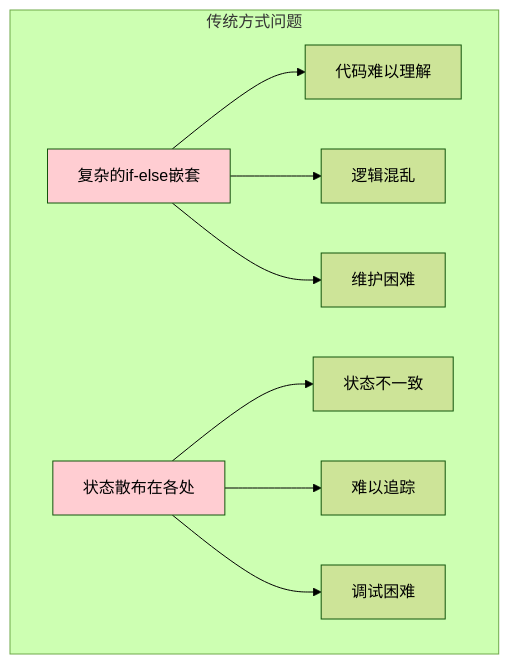
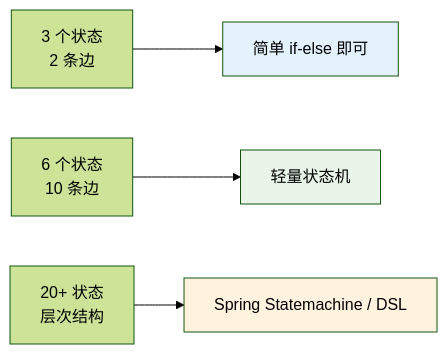
Before and after one commit to chongyang211/YCBookBlog: the seventh of 18 diagrams in 00.通用技术的提升/07.方案设计思想/6.研发的效能/28.状态机设计的思想.md, drawn with Mermaid (forest theme). The commit also changed other lines of this file and 5 other files, not shown here.

````diff
--- a/00.通用技术的提升/07.方案设计思想/6.研发的效能/28.状态机设计的思想.md
+++ b/00.通用技术的提升/07.方案设计思想/6.研发的效能/28.状态机设计的思想.md
@@ -1042,15 +259,10 @@
 ```mermaid
-graph TD
-    subgraph "传统方式问题"
-        A[复杂的if-else嵌套] --> A1[代码难以理解]
-        A --> A2[逻辑混乱]
-        A --> A3[维护困难]
-        
-        B[状态散布在各处] --> B1[状态不一致]
-        B --> B2[难以追踪]
-        B --> B3[调试困难]
-    end
+graph LR
+    A[3 个状态<br/>2 条边] --> Simple[简单 if-else 即可]
+    B[6 个状态<br/>10 条边] --> Mid[轻量状态机]
+    C[20+ 状态<br/>层次结构] --> Heavy[Spring Statemachine / DSL]
     
-    style A fill:#ffcdd2
-    style B fill:#ffcdd2
+    style Simple fill:#e3f2fd
+    style Mid fill:#e8f5e8
+    style Heavy fill:#fff3e0
 ```
````
